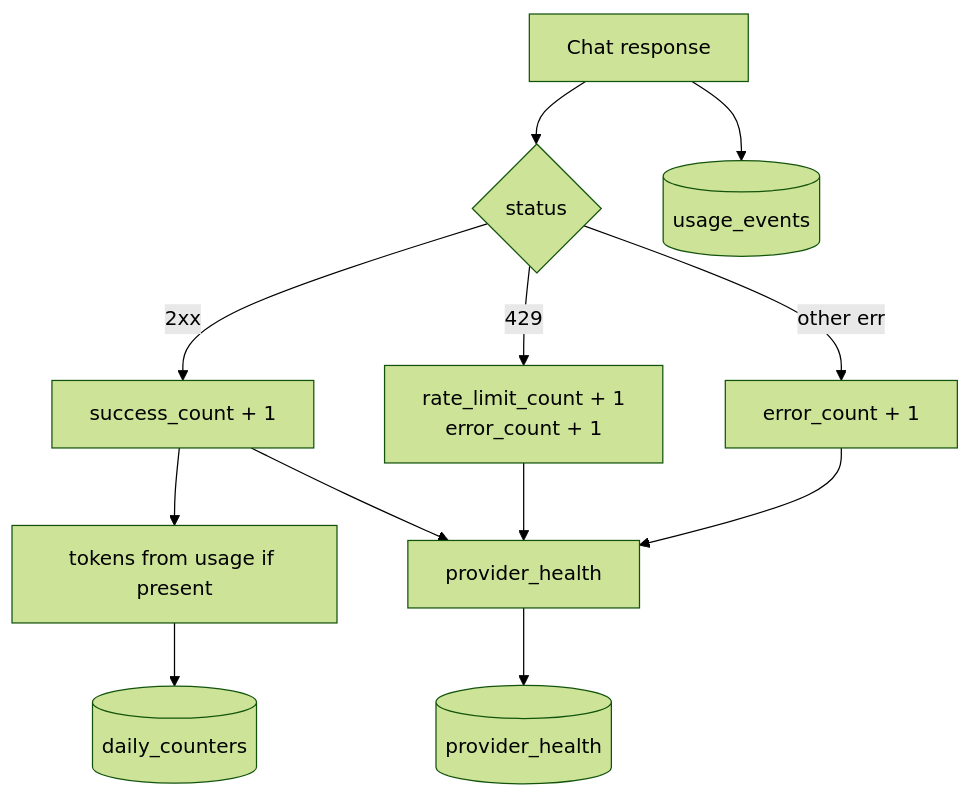
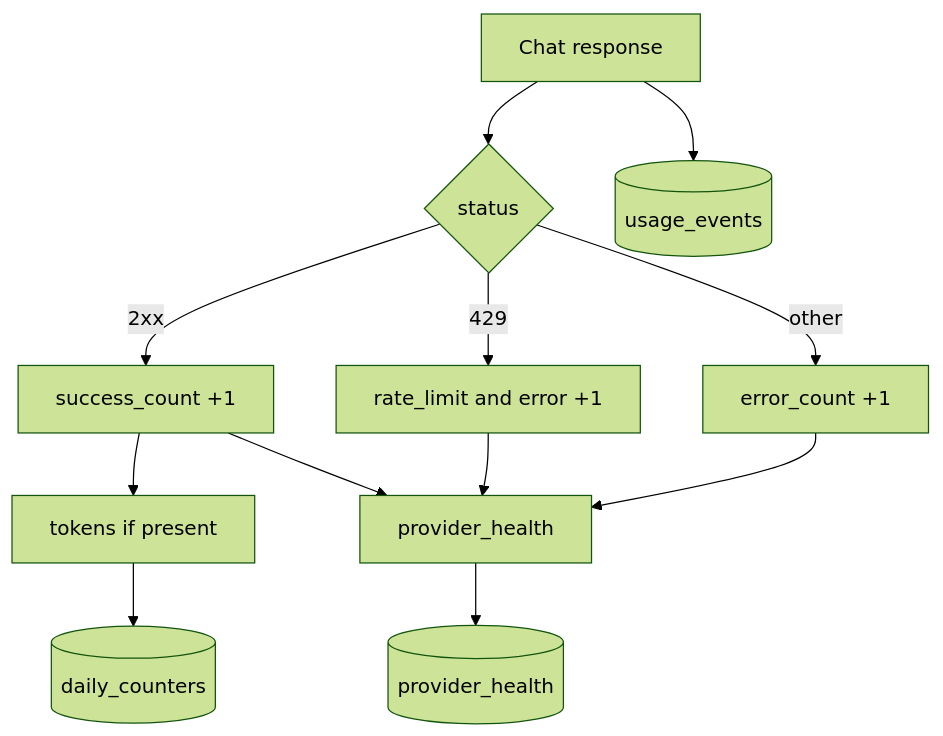
One commit to DaniilPodruchnyMgtuIu6/llm-proxy changed the eighth of 10 diagrams in docs/architecture.md. Above: the diagram before and after it, drawn with Mermaid (forest theme). The commit also changed other lines of this file and 4 other files, not shown here.

Commit message:
Add Mermaid architecture viewer at /architecture.

````diff
--- a/docs/architecture.md
+++ b/docs/architecture.md
@@ -193,14 +197,14 @@
 ```mermaid
 flowchart TB
   Chat[Chat response] --> Class{status}
-  Class -->|2xx| OK[success_count + 1]
-  Class -->|429| RL[rate_limit_count + 1<br/>error_count + 1]
-  Class -->|other err| ER[error_count + 1]
-  OK --> T[tokens from usage if present]
+  Class -->|2xx| OK[success_count +1]
+  Class -->|429| RL[rate_limit and error +1]
+  Class -->|other| ER[error_count +1]
+  OK --> T[tokens if present]
   RL --> H[provider_health]
   ER --> H
   OK --> H
   T --> DC[(daily_counters)]
   H --> PH[(provider_health)]
   Chat --> UE[(usage_events)]
 ```
````
